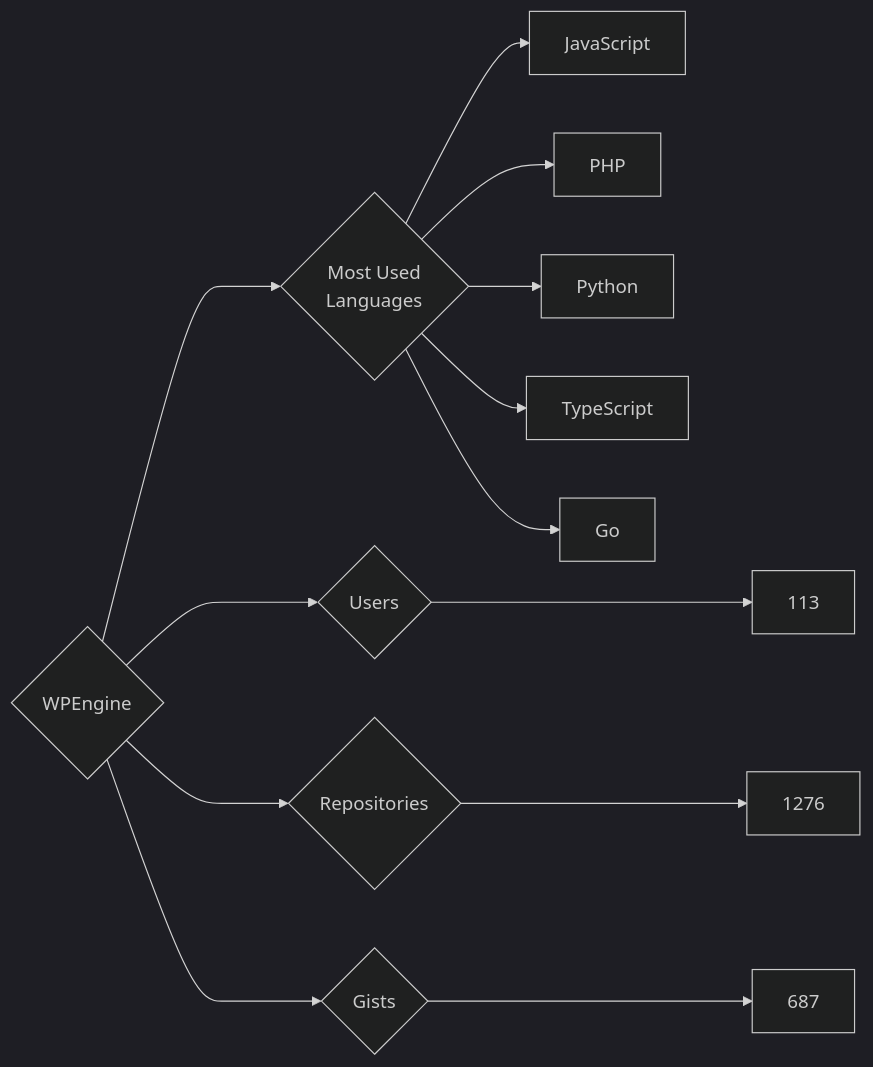
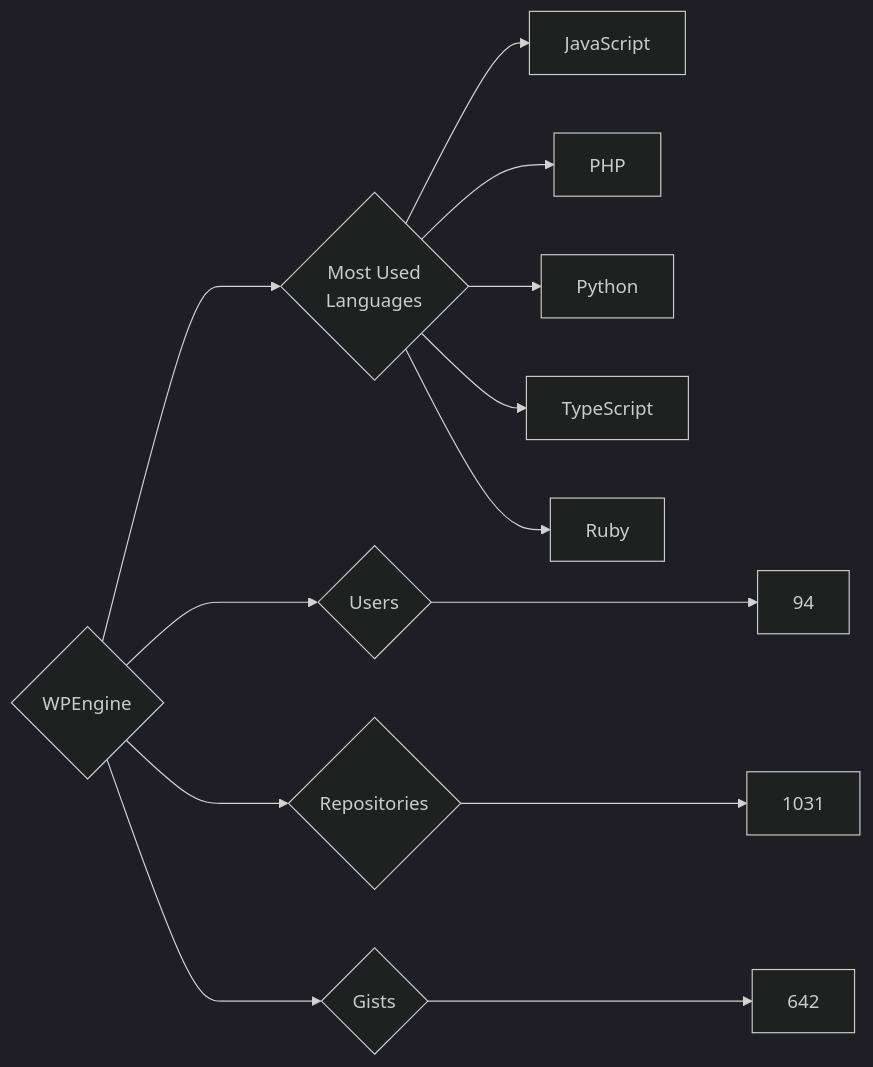
Before and after one commit to trickest/insiders: the diagram in targets/WPEngine/README.md, drawn with Mermaid (dark theme). The commit also changed 878 other files, not shown here.

````diff
--- a/targets/WPEngine/README.md
+++ b/targets/WPEngine/README.md
@@ -3,13 +3,13 @@
 ```mermaid
 graph LR
 COMPANY_NAME{WPEngine}
-COMPANY_NAME ---> U{Users} ---> UN[113]
-COMPANY_NAME ---> R{Repositories} ---> RN[1276]
-COMPANY_NAME ---> G{Gists} ---> GN[687]
+COMPANY_NAME ---> U{Users} ---> UN[94]
+COMPANY_NAME ---> R{Repositories} ---> RN[1031]
+COMPANY_NAME ---> G{Gists} ---> GN[642]
 COMPANY_NAME ---> ML{Most Used<br>Languages}
 ML --> JavaScript[JavaScript]
 ML --> PHP[PHP]
 ML --> Python[Python]
 ML --> TypeScript[TypeScript]
-ML --> Go[Go]
+ML --> Ruby[Ruby]
 ```
````
